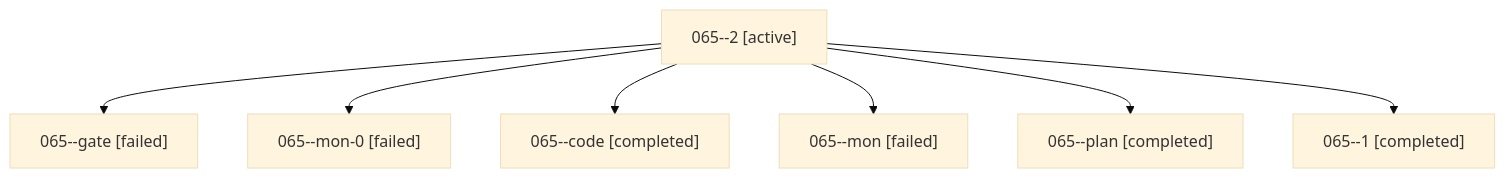
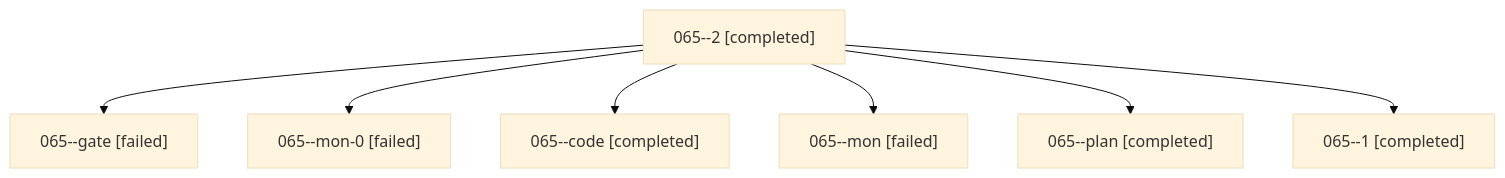
One commit to bobs-org/bob-cli--agents changed the diagram in sessions/bbugyi200.athena.065.md. Above: the diagram before and after it, drawn with Mermaid (base theme). The commit also changed other lines of this file and 6 other files, not shown here.

````diff
--- a/sessions/bbugyi200.athena.065.md
+++ b/sessions/bbugyi200.athena.065.md
@@ -9,16 +9,16 @@
 ```mermaid
 flowchart TD
-  n0["065--2 [active]"]
+  n0["065--2 [completed]"]
   n1["065--gate [failed]"]
   n0 --> n1
   n2["065--mon-0 [failed]"]
   n0 --> n2
   n3["065--code [completed]"]
   n0 --> n3
   n4["065--mon [failed]"]
   n0 --> n4
   n5["065--plan [completed]"]
   n0 --> n5
   n6["065--1 [completed]"]
   n0 --> n6
 ```
````
